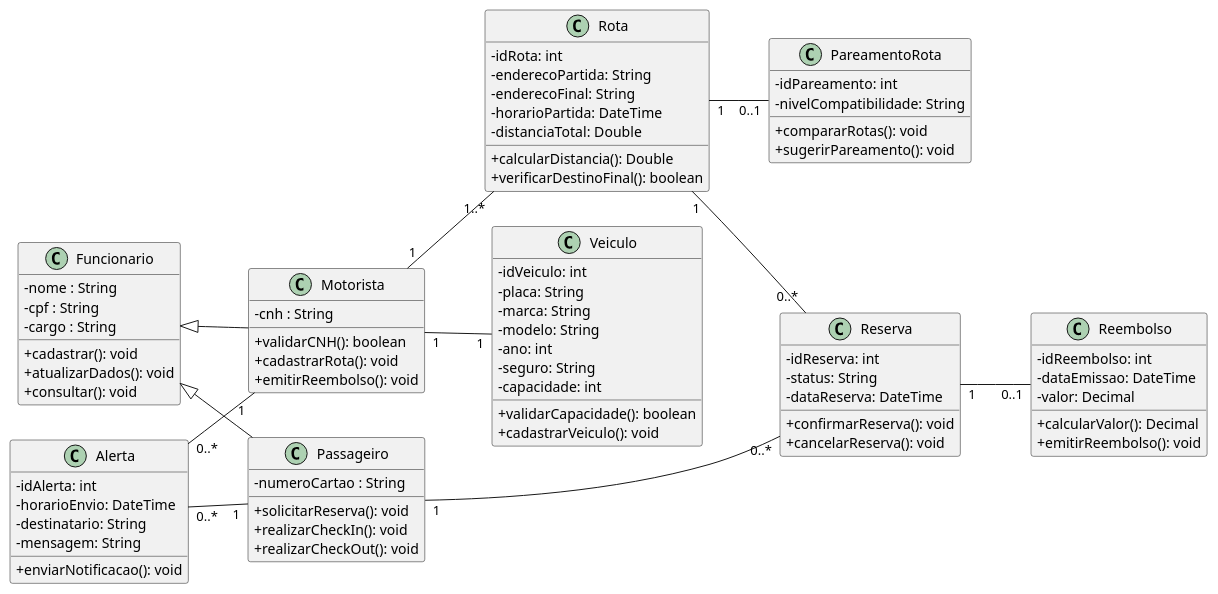
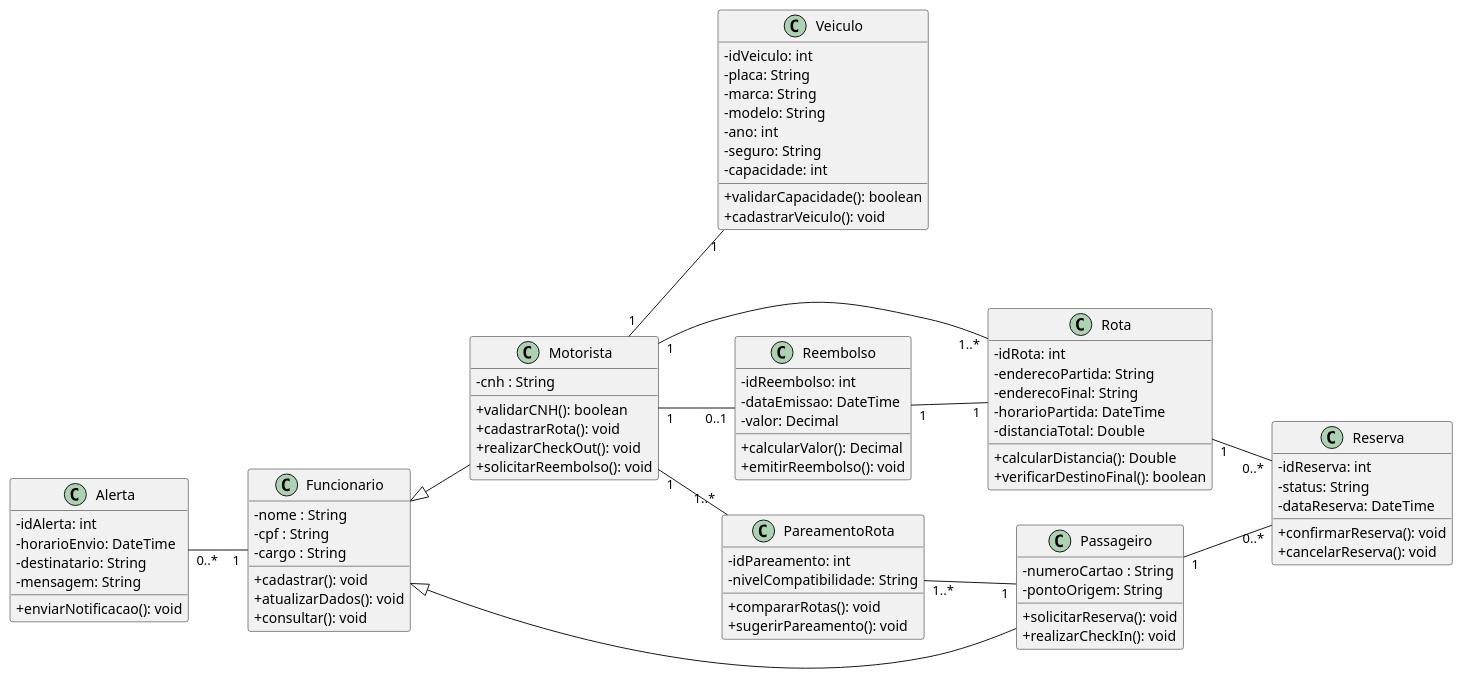
One commit to AnaBeatrizA-Silva/CaronaCorporativa_EngSof changed the diagram in diagramaDeClasse.puml. Above: the diagram before and after it, drawn with PlantUML.

Commit message:
Correção do diagrama de classe

```diff
--- a/diagramaDeClasse.puml
+++ b/diagramaDeClasse.puml
@@ -1,104 +1,106 @@
 @startuml Diagrama de Classe
 
 skinparam classAttributeIconSize 0
-
 left to right direction
 
 class Funcionario {
     - nome : String
     - cpf : String
     - cargo : String
 
     + cadastrar(): void
     + atualizarDados(): void
     + consultar(): void
 }
 
 class Motorista {
     - cnh : String
 
     + validarCNH(): boolean
     + cadastrarRota(): void
-    + emitirReembolso(): void
+    + realizarCheckOut(): void
+    + solicitarReembolso(): void
 }
 
 class Passageiro {
     - numeroCartao : String
+    - pontoOrigem: String
 
     + solicitarReserva(): void
     + realizarCheckIn(): void
-    + realizarCheckOut(): void
 }
 
 class Veiculo {
     - idVeiculo: int
     - placa: String
     - marca: String
     - modelo: String
     - ano: int
     - seguro: String
     - capacidade: int
 
     + validarCapacidade(): boolean
     + cadastrarVeiculo(): void
 }
 
 class Rota {
     - idRota: int
     - enderecoPartida: String
     - enderecoFinal: String
     - horarioPartida: DateTime
     - distanciaTotal: Double
 
     + calcularDistancia(): Double
     + verificarDestinoFinal(): boolean
 }
 
 class Reserva {
     - idReserva: int
     - status: String
     - dataReserva: DateTime
 
     + confirmarReserva(): void
     + cancelarReserva(): void
 }
 
 class Reembolso {
     - idReembolso: int
     - dataEmissao: DateTime
     - valor: Decimal
 
     + calcularValor(): Decimal
     + emitirReembolso(): void
 }
 
 class PareamentoRota {
     - idPareamento: int
     - nivelCompatibilidade: String
 
     + compararRotas(): void
     + sugerirPareamento(): void
 }
 
 class Alerta {
     - idAlerta: int
     - horarioEnvio: DateTime
     - destinatario: String
     - mensagem: String
 
     + enviarNotificacao(): void
 }
 
 
 Funcionario <|-- Motorista
 Funcionario <|-- Passageiro
 Motorista "1" -- "1" Veiculo 
 Motorista "1" -- "1..*" Rota 
 Rota "1" -- "0..*" Reserva  
 Passageiro "1" -- "0..*" Reserva 
-Reserva "1" -- "0..1" Reembolso 
-Rota "1" -- "0..1" PareamentoRota 
-Alerta "0..*" -- "1" Motorista 
-Alerta "0..*" -- "1" Passageiro
+Motorista "1" -- "0..1" Reembolso
+Reembolso "1" -- "1" Rota 
+Motorista "1" -- "1..*" PareamentoRota 
+PareamentoRota "1..*" -- "1" Passageiro
+Alerta "0..*" -- "1" Funcionario 
+
 
 @enduml
```
